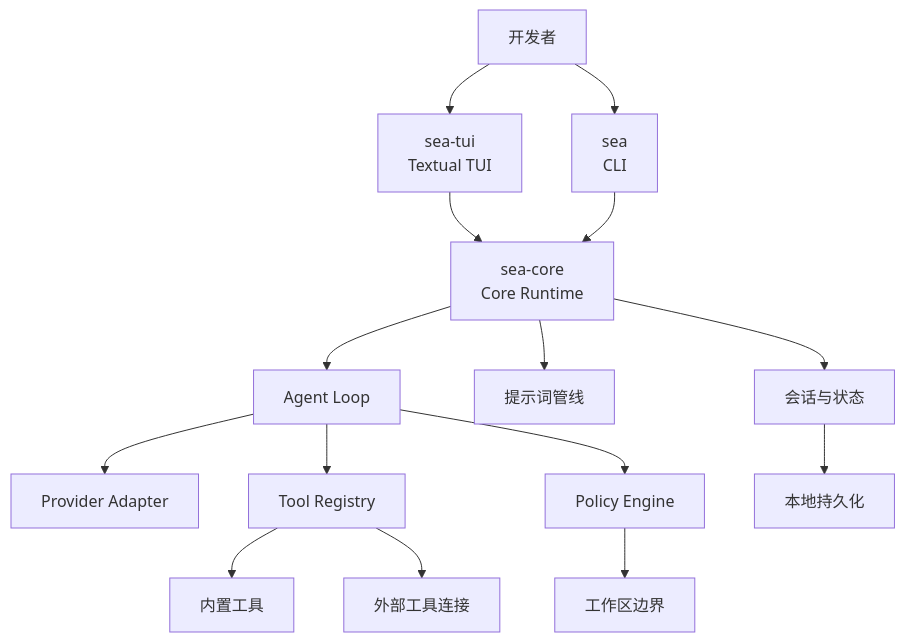
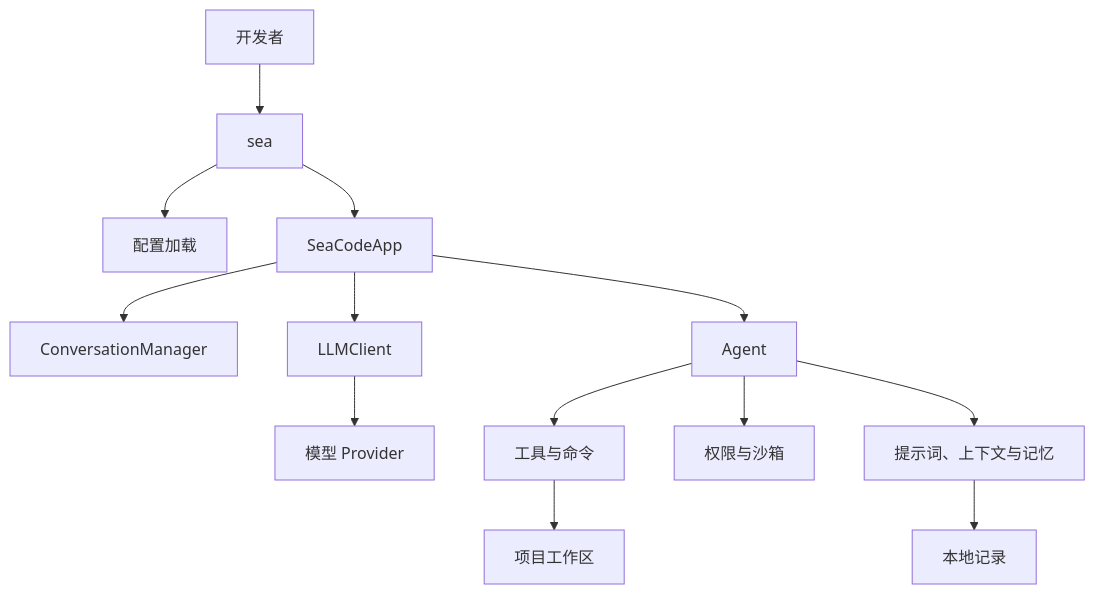
The first of 2 diagrams in docs-zh/Design-SeaCode.md (seaFall98/SeaCode), drawn with Mermaid before and after one commit. The commit also changed other lines of this file and 26 other files, not shown here.

Commit message:
feat: add provider conversation tui

````diff
--- a/docs-zh/Design-SeaCode.md
+++ b/docs-zh/Design-SeaCode.md
@@ -9,17 +11,15 @@
 ```mermaid
 flowchart TB
-    User[开发者] --> TUI[sea-tui\nTextual TUI]
-    User --> CLI[sea\nCLI]
-    TUI --> Core[sea-core\nCore Runtime]
-    CLI --> Core
-    Core --> Session[会话与状态]
-    Core --> Prompt[提示词管线]
-    Core --> Agent[Agent Loop]
-    Agent --> Provider[Provider Adapter]
-    Agent --> Registry[Tool Registry]
-    Agent --> Policy[Policy Engine]
-    Registry --> Builtin[内置工具]
-    Registry --> Connectors[外部工具连接]
-    Policy --> Workspace[工作区边界]
-    Session --> Disk[本地持久化]
+    User[开发者] --> Sea[sea]
+    Sea --> Config[配置加载]
+    Sea --> App[SeaCodeApp]
+    App --> Conversation[ConversationManager]
+    App --> Client[LLMClient]
+    Client --> Provider[模型 Provider]
+    App --> Agent[Agent]
+    Agent --> Tools[工具与命令]
+    Agent --> Permissions[权限与沙箱]
+    Agent --> Context[提示词、上下文与记忆]
+    Tools --> Workspace[项目工作区]
+    Context --> Storage[本地记录]
 ```
````
